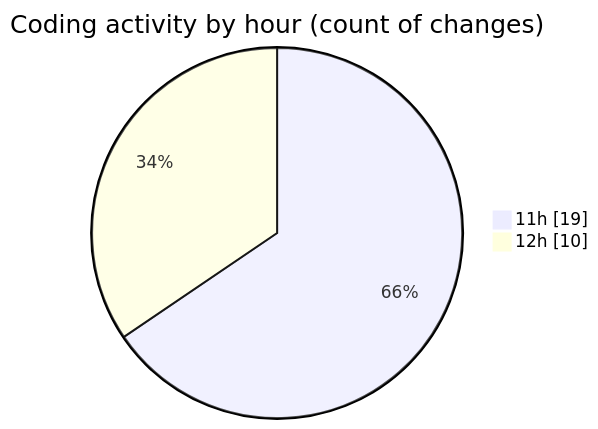
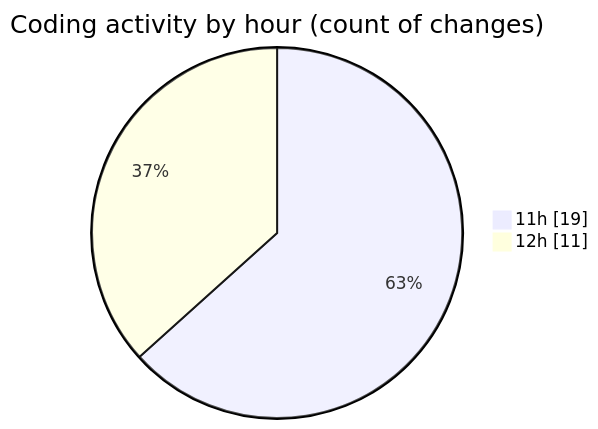
The second of 2 diagrams in 2026-04-01/nxtqube_webapp/README.md (nxtqubesakshisongat/code-tracking), drawn with Mermaid before and after one commit. The commit also changed other lines of this file and 1 other file, not shown here.

````diff
--- a/2026-04-01/nxtqube_webapp/README.md
+++ b/2026-04-01/nxtqube_webapp/README.md
@@ -31,6 +31,6 @@
 ```mermaid
 pie showData
 title Coding activity by hour (count of changes)
 "11h" : 19
-"12h" : 10
+"12h" : 11
 ```
````
